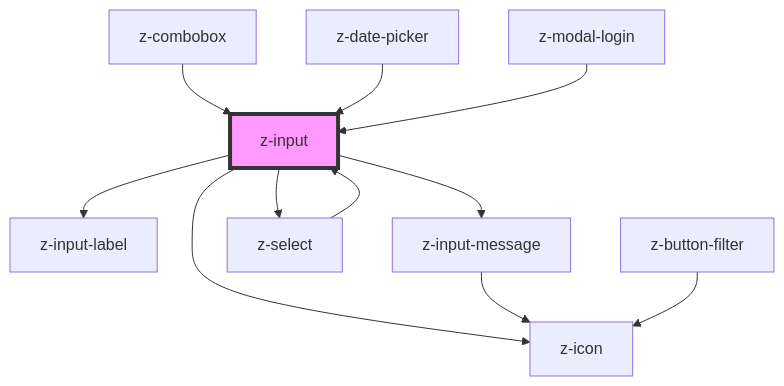
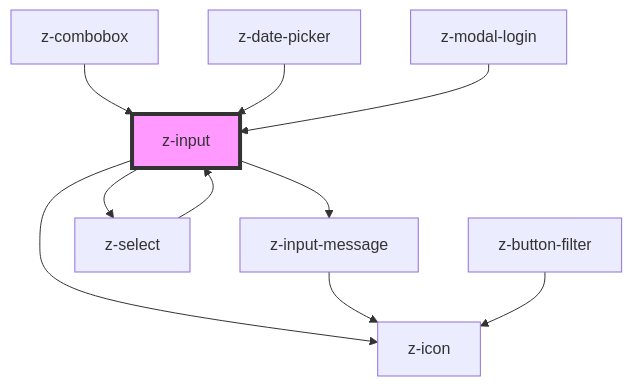
The diagram in src/components/inputs/z-input/readme.md (ZanichelliEditore/design-system), drawn with Mermaid before and after one commit. The commit also changed other lines of this file and 13 other files, not shown here.

Commit message:
refactor: deprecated z-input-label

````diff
--- a/src/components/inputs/z-input/readme.md
+++ b/src/components/inputs/z-input/readme.md
@@ -212,14 +211,13 @@
 ```mermaid
 graph TD;
-  z-input --> z-input-label
   z-input --> z-icon
   z-input --> z-input-message
   z-input --> z-select
   z-input-message --> z-icon
   z-select --> z-input
   z-button-filter --> z-icon
   z-combobox --> z-input
   z-date-picker --> z-input
   z-modal-login --> z-input
   style z-input fill:#f9f,stroke:#333,stroke-width:4px
 ```
````
